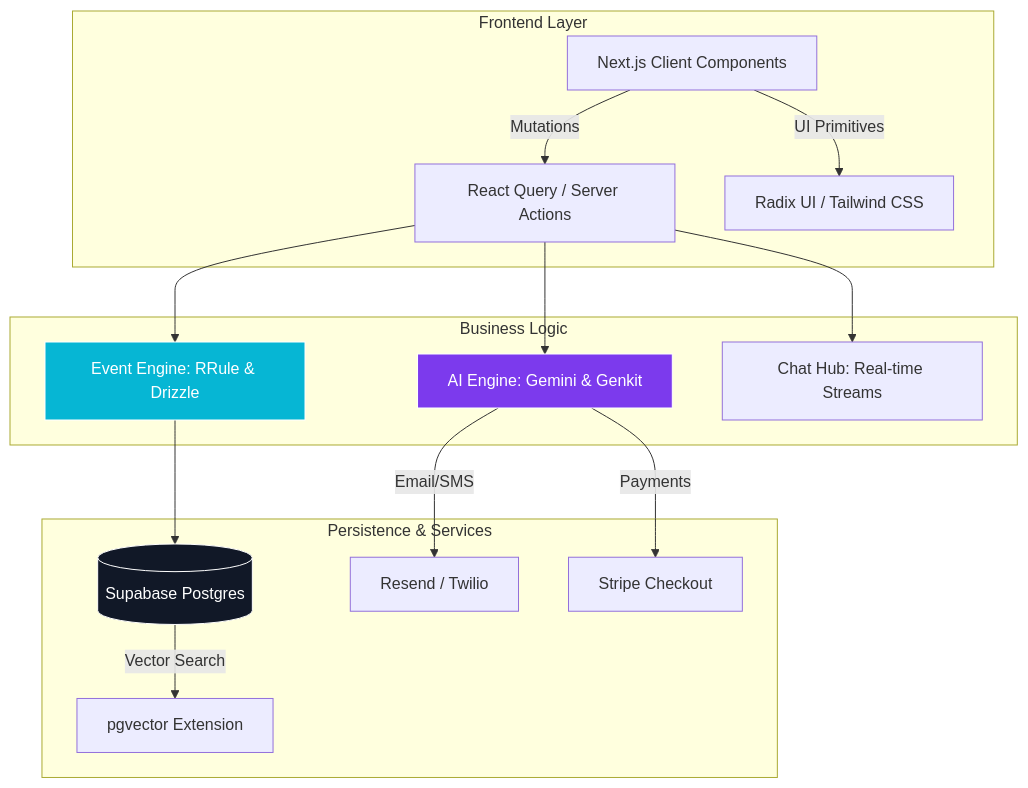
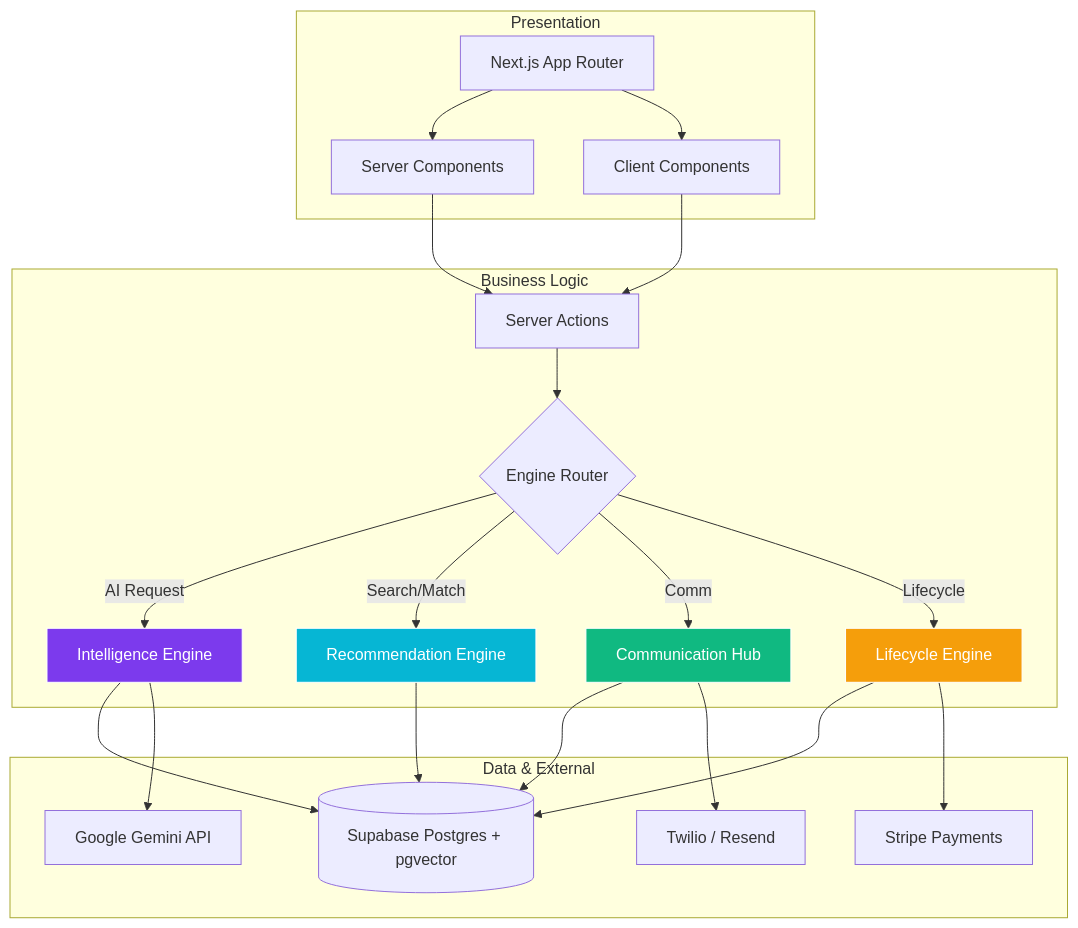
Before and after one commit to ArrinPaul/Eventra: the fifth of 6 diagrams in README.md, drawn with Mermaid. The commit also changed other lines of this file, not shown here.

Commit message:
feat: enhance README with detailed descriptions of core technology pillars and system architecture

````diff
--- a/README.md
+++ b/README.md
@@ -44,24 +98,28 @@
 ```mermaid
 graph TD
-    subgraph Client_Layer [Frontend Layer]
-        A[Next.js Client Components] -->|Mutations| B[React Query / Server Actions]
-        A -->|UI Primitives| C[Radix UI / Tailwind CSS]
+    subgraph Frontend_Layer [Presentation]
+        A[Next.js App Router] --> B[Server Components]
+        A --> C[Client Components]
     end
 
-    subgraph Application_Layer [Business Logic]
-        B --> D[AI Engine: Gemini & Genkit]
-        B --> E[Event Engine: RRule & Drizzle]
-        B --> F[Chat Hub: Real-time Streams]
+    subgraph Service_Orchestration [Business Logic]
+        B & C --> D[Server Actions]
+        D --> E{Engine Router}
+        E -->|AI Request| F[Intelligence Engine]
+        E -->|Search/Match| G[Recommendation Engine]
+        E -->|Comm| H[Communication Hub]
+        E -->|Lifecycle| I[Lifecycle Engine]
     end
 
-    subgraph Data_Layer [Persistence & Services]
-        E --> G[(Supabase Postgres)]
-        G -->|Vector Search| G1[pgvector Extension]
-        D -->|Email/SMS| H[Resend / Twilio]
-        D -->|Payments| I[Stripe Checkout]
+    subgraph Persistence_Layer [Data & External]
+        F & G & H & I --> J[(Supabase Postgres + pgvector)]
+        F --> K[Google Gemini API]
+        H --> L[Twilio / Resend]
+        I --> M[Stripe Payments]
     end
 
-    style D fill:#7C3AED,stroke:#fff,color:#fff
-    style E fill:#06B6D4,stroke:#fff,color:#fff
-    style G fill:#111827,stroke:#fff,color:#fff
+    style F fill:#7C3AED,stroke:#fff,color:#fff
+    style G fill:#06B6D4,stroke:#fff,color:#fff
+    style H fill:#10B981,stroke:#fff,color:#fff
+    style I fill:#F59E0B,stroke:#fff,color:#fff
 ```
````
